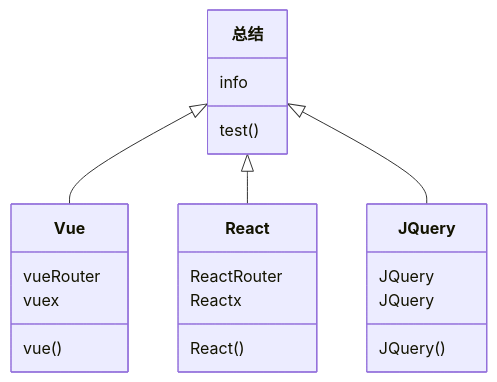
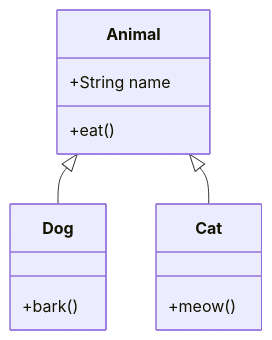
The third of 7 diagrams in Markdown语法.md (wly130/notes), drawn with Mermaid before and after one commit. The commit also changed other lines of this file and 10 other files, not shown here.

````diff
--- a/Markdown语法.md
+++ b/Markdown语法.md
@@ -117,23 +395,13 @@
 ```mermaid
 classDiagram
-      总结 <|-- Vue
-      总结 <|-- React
-      总结 <|-- JQuery
-      总结: info
-      总结: test()
-      class Vue{
-          vueRouter
-          vuex
-          vue()
-      }
-      class React{
-          ReactRouter
-          Reactx
-          React()
-      }
-      class JQuery{
-         JQuery
-         JQuery
-         JQuery()
-      }
+    Animal <|-- Dog
+    Animal <|-- Cat
+    Animal : +String name
+    Animal : +eat()
+    class Dog {
+        +bark()
+    }
+    class Cat {
+        +meow()
+    }
 ```
````
